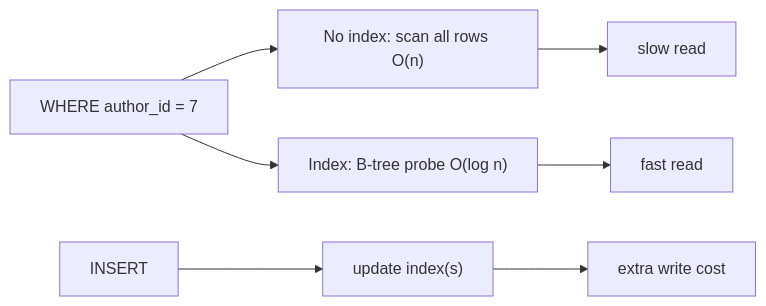
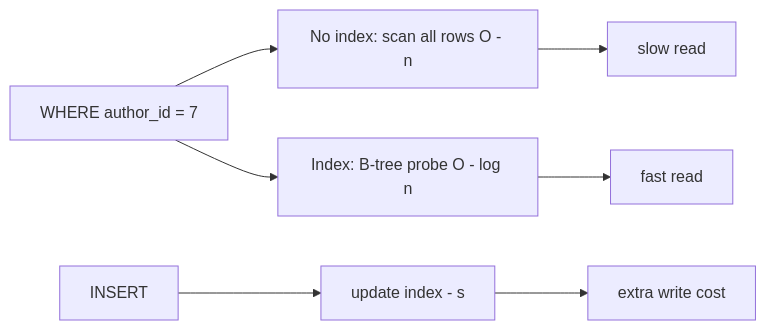
Before and after one commit to RIT-MESH/system-design-mastery: the second of 2 diagrams in docs/00-prerequisites/05-db-basics.md, drawn with Mermaid. The commit also changed 139 other files, not shown here.

First line of the commit message:
Fix Mermaid parse errors: replace parentheses in node labels across 140 files

````diff
--- a/docs/00-prerequisites/05-db-basics.md
+++ b/docs/00-prerequisites/05-db-basics.md
@@ -47,10 +47,10 @@
 ```mermaid
 %% created-for: system-design-mastery
 flowchart LR
-  Q["WHERE author_id = 7"] --> NoIdx["No index: scan all rows O(n)"]
-  Q --> Idx["Index: B-tree probe O(log n)"]
+  Q["WHERE author_id = 7"] --> NoIdx["No index: scan all rows O - n"]
+  Q --> Idx["Index: B-tree probe O - log n"]
   Idx --> Fast["fast read"]
   NoIdx --> Slow["slow read"]
-  Write["INSERT"] --> IdxUp["update index(s)"]
+  Write["INSERT"] --> IdxUp["update index - s"]
   IdxUp --> WriteCost["extra write cost"]
 ```
````
